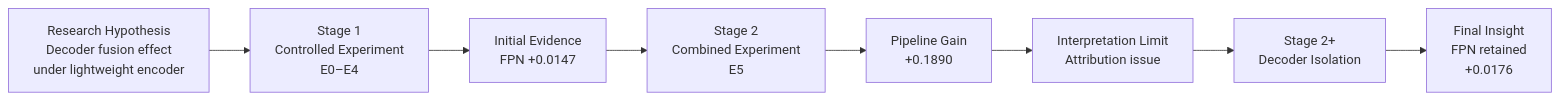
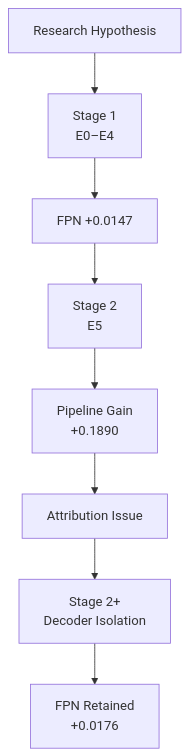
One commit to iNES-Segmentation-Project/segformer-lab changed the diagram in README.md. Above: the diagram before and after it, drawn with Mermaid. The commit also changed other lines of this file, not shown here.

Commit message:
매트릭스 수정

````diff
--- a/README.md
+++ b/README.md
@@ -13,13 +13,20 @@
 ```mermaid
-flowchart LR
-    A["Research Hypothesis<br/>Decoder fusion effect<br/>under lightweight encoder"]
-    B["Stage 1<br/>Controlled Experiment<br/>E0–E4"]
-    C["Initial Evidence<br/>FPN +0.0147"]
-    D["Stage 2<br/>Combined Experiment<br/>E5"]
+flowchart TB
+    A["Research Hypothesis"]
+
+    B["Stage 1<br/>E0–E4"]
+
+    C["FPN +0.0147"]
+
+    D["Stage 2<br/>E5"]
+
     E["Pipeline Gain<br/>+0.1890"]
-    F["Interpretation Limit<br/>Attribution issue"]
+
+    F["Attribution Issue"]
+
     G["Stage 2+<br/>Decoder Isolation"]
-    H["Final Insight<br/>FPN retained<br/>+0.0176"]
+
+    H["FPN Retained<br/>+0.0176"]
 
     A --> B --> C --> D --> E --> F --> G --> H
 ```
````
